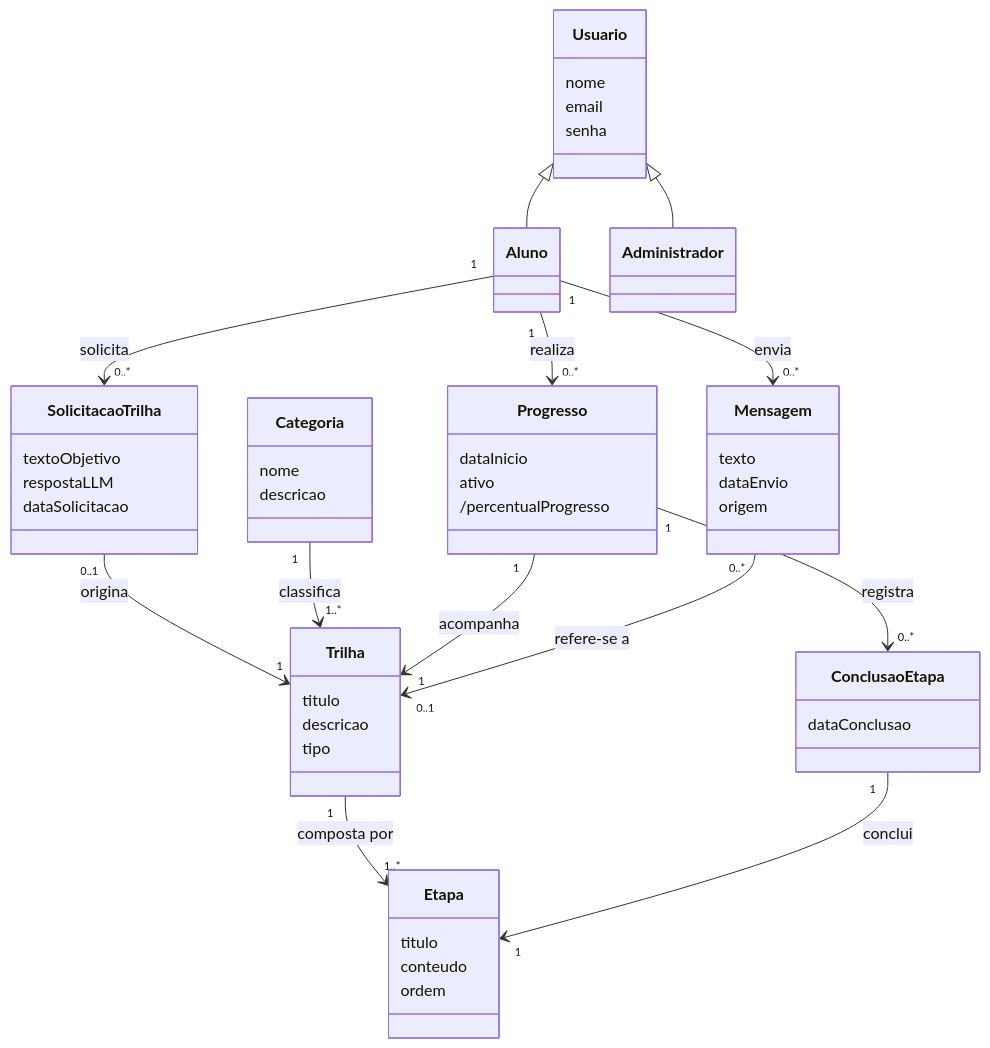
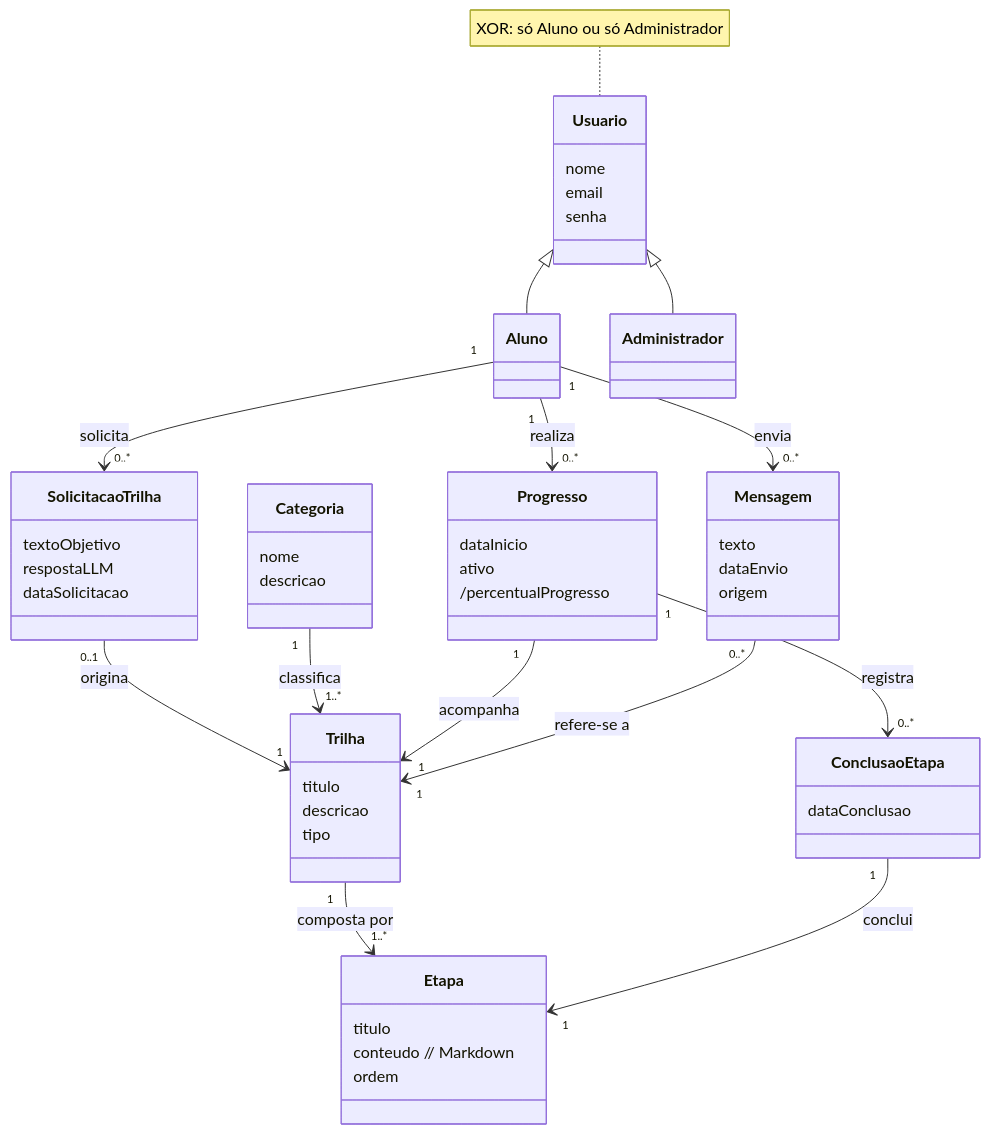
One commit to niltonmack/estudaai-modelagem-2026-2 changed the diagram in docs/modelo-conceitual.md. Above: the diagram before and after it, drawn with Mermaid. The commit also changed other lines of this file and 16 other files, not shown here.

````diff
--- a/docs/modelo-conceitual.md
+++ b/docs/modelo-conceitual.md
@@ -67,58 +73,59 @@
 ```mermaid
 classDiagram
     direction TB
 
     class Usuario {
         nome
         email
         senha
     }
     class Aluno
     class Administrador
     class Categoria {
         nome
         descricao
     }
     class Trilha {
         titulo
         descricao
         tipo
     }
     class Etapa {
         titulo
-        conteudo
+        conteudo  // Markdown
         ordem
     }
     class Progresso {
         dataInicio
         ativo
         /percentualProgresso
     }
     class ConclusaoEtapa {
         dataConclusao
     }
     class SolicitacaoTrilha {
         textoObjetivo
         respostaLLM
         dataSolicitacao
     }
     class Mensagem {
         texto
         dataEnvio
         origem
     }
 
     Usuario <|-- Aluno
     Usuario <|-- Administrador
+    note for Usuario "XOR: só Aluno ou só Administrador"
 
     Aluno "1" --> "0..*" SolicitacaoTrilha : solicita
     Aluno "1" --> "0..*" Progresso : realiza
     Aluno "1" --> "0..*" Mensagem : envia
     SolicitacaoTrilha "0..1" --> "1" Trilha : origina
     Categoria "1" --> "1..*" Trilha : classifica
     Trilha "1" --> "1..*" Etapa : composta por
     Progresso "1" --> "1" Trilha : acompanha
     Progresso "1" --> "0..*" ConclusaoEtapa : registra
     ConclusaoEtapa "1" --> "1" Etapa : conclui
-    Mensagem "0..*" --> "0..1" Trilha : refere-se a
+    Mensagem "0..*" --> "1" Trilha : refere-se a
 ```
````
